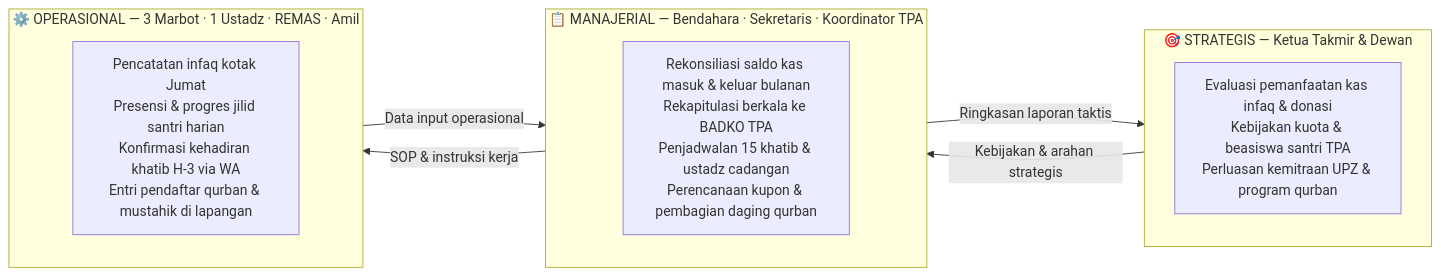
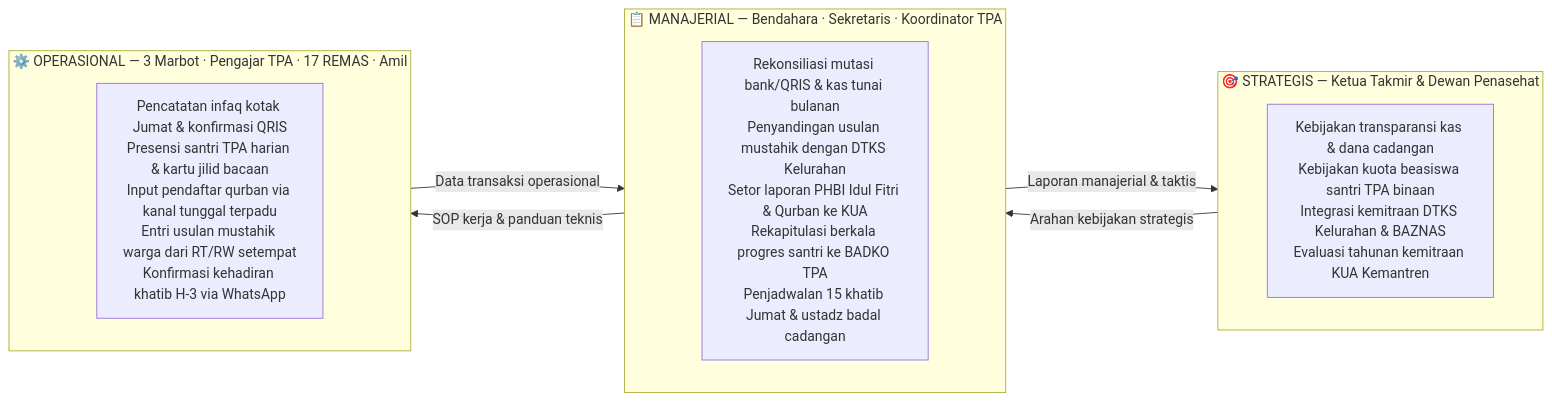
Before and after one commit to anothersunrisee/project-MSI: the fourth of 4 diagrams in Laporan Modul 2 - Kelompok 1 F1.md, drawn with Mermaid. The commit also changed other lines of this file and 3 other files, not shown here.

Commit message:
fix(reports-audit): harmonize mermaid diagrams across modules 1-3, update AGENTS.md mermaid audit protocol, and align module 3 with Bu Ratna's guidance

````diff
--- a/Laporan Modul 2 - Kelompok 1 F1.md
+++ b/Laporan Modul 2 - Kelompok 1 F1.md
@@ -145,17 +147,17 @@
 ```mermaid
 flowchart LR
-    subgraph S["🎯 STRATEGIS — Ketua Takmir & Dewan"]
-        S1["Evaluasi pemanfaatan kas infaq & donasi\nKebijakan kuota & beasiswa santri TPA\nPerluasan kemitraan UPZ & program qurban"]
+    subgraph S["🎯 STRATEGIS — Ketua Takmir & Dewan Penasehat"]
+        S1["Kebijakan transparansi kas & dana cadangan\nKebijakan kuota beasiswa santri TPA binaan\nIntegrasi kemitraan DTKS Kelurahan & BAZNAS\nEvaluasi tahunan kemitraan KUA Kemantren"]
     end
     subgraph M["📋 MANAJERIAL — Bendahara · Sekretaris · Koordinator TPA"]
-        M1["Rekonsiliasi saldo kas masuk & keluar bulanan\nRekapitulasi berkala ke BADKO TPA\nPenjadwalan 15 khatib & ustadz cadangan\nPerencanaan kupon & pembagian daging qurban"]
+        M1["Rekonsiliasi mutasi bank/QRIS & kas tunai bulanan\nPenyandingan usulan mustahik dengan DTKS Kelurahan\nSetor laporan PHBI Idul Fitri & Qurban ke KUA\nRekapitulasi berkala progres santri ke BADKO TPA\nPenjadwalan 15 khatib Jumat & ustadz badal cadangan"]
     end
-    subgraph O["⚙️ OPERASIONAL — 3 Marbot · 1 Ustadz · REMAS · Amil"]
-        O1["Pencatatan infaq kotak Jumat\nPresensi & progres jilid santri harian\nKonfirmasi kehadiran khatib H-3 via WA\nEntri pendaftar qurban & mustahik di lapangan"]
+    subgraph O["⚙️ OPERASIONAL — 3 Marbot · Pengajar TPA · 17 REMAS · Amil"]
+        O1["Pencatatan infaq kotak Jumat & konfirmasi QRIS\nPresensi santri TPA harian & kartu jilid bacaan\nInput pendaftar qurban via kanal tunggal terpadu\nEntri usulan mustahik warga dari RT/RW setempat\nKonfirmasi kehadiran khatib H-3 via WhatsApp"]
     end
 
-    O -- "Data input operasional" --> M
-    M -- "Ringkasan laporan taktis" --> S
-    S -- "Kebijakan & arahan strategis" --> M
-    M -- "SOP & instruksi kerja" --> O
+    O -- "Data transaksi operasional" --> M
+    M -- "Laporan manajerial & taktis" --> S
+    S -- "Arahan kebijakan strategis" --> M
+    M -- "SOP kerja & panduan teknis" --> O
 ```
````
